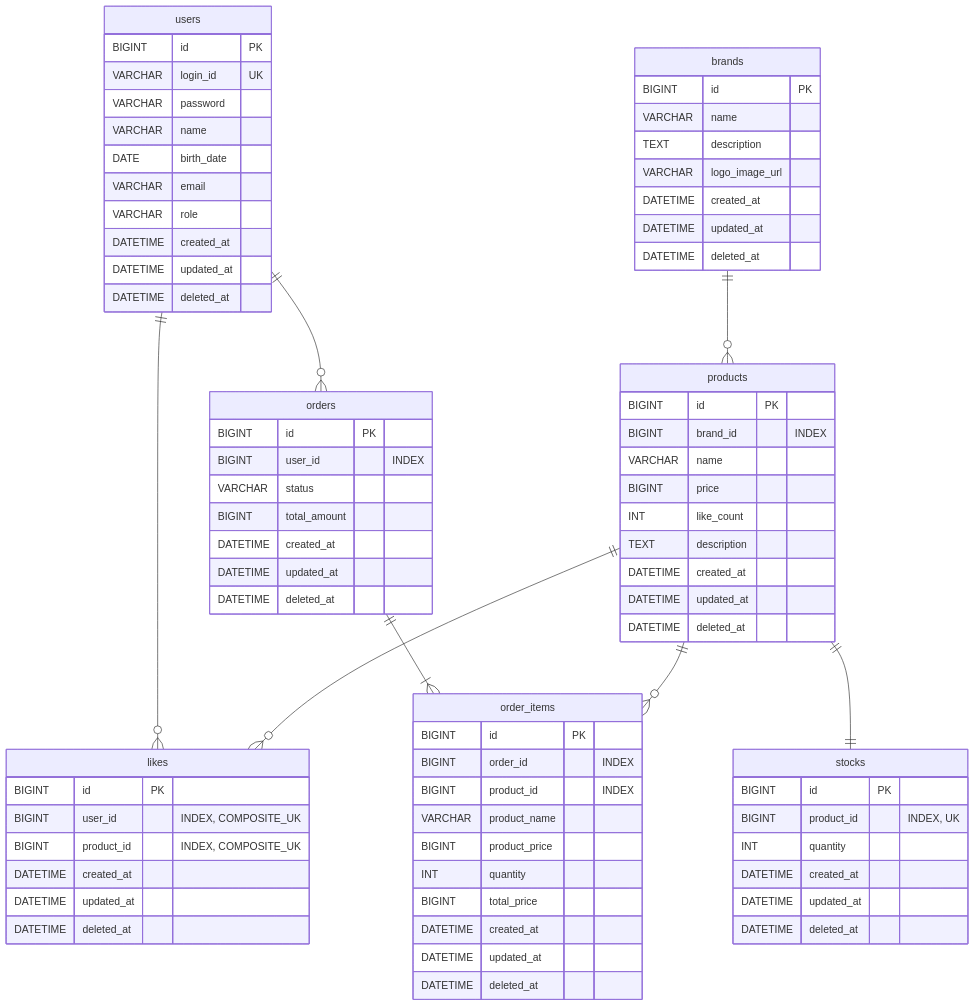
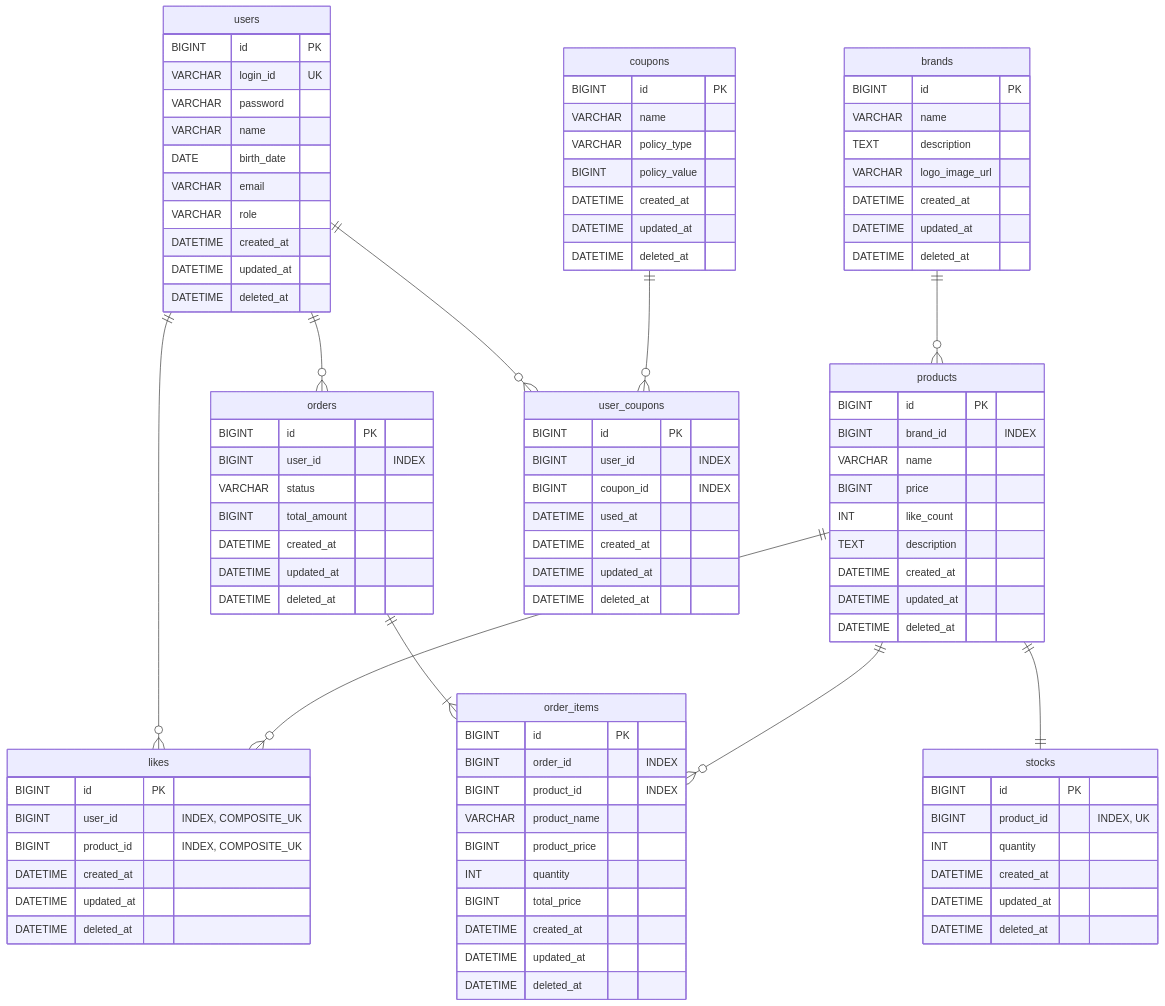
The diagram in docs/week2/04-erd.md (loopers-labs/loop-pack-be-l2-vol4-kotlin), drawn with Mermaid before and after one commit. The commit also changed other lines of this file and 2 other files, not shown here.

Commit message:
docs : 쿠폰 도메인 추가에 따른 설계 문서 수정

```diff
--- a/docs/week2/04-erd.md
+++ b/docs/week2/04-erd.md
@@ -101,10 +103,32 @@
         DATETIME deleted_at
     }
 
+    coupons {
+        BIGINT id PK
+        VARCHAR name
+        VARCHAR policy_type
+        BIGINT policy_value
+        DATETIME created_at
+        DATETIME updated_at
+        DATETIME deleted_at
+    }
+
+    user_coupons {
+        BIGINT id PK
+        BIGINT user_id "INDEX"
+        BIGINT coupon_id "INDEX"
+        DATETIME used_at
+        DATETIME created_at
+        DATETIME updated_at
+        DATETIME deleted_at
+    }
+
     brands ||--o{ products : ""
     products ||--|| stocks : ""
     users ||--o{ likes : ""
     products ||--o{ likes : ""
+    users ||--o{ user_coupons : ""
+    coupons ||--o{ user_coupons : ""
     users ||--o{ orders : ""
     orders ||--|{ order_items : ""
     products ||--o{ order_items : ""
```
